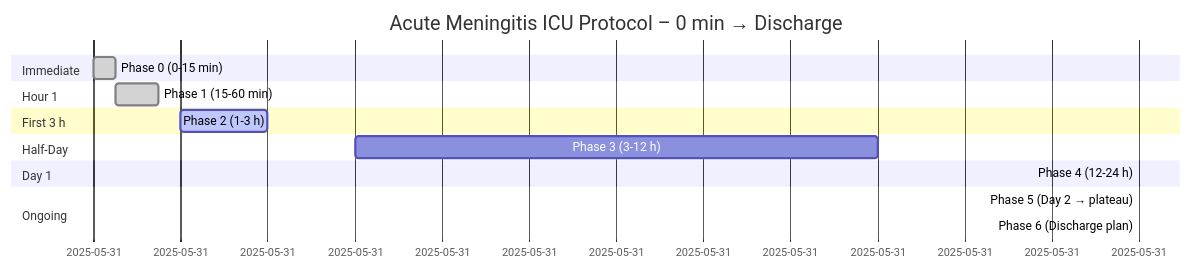
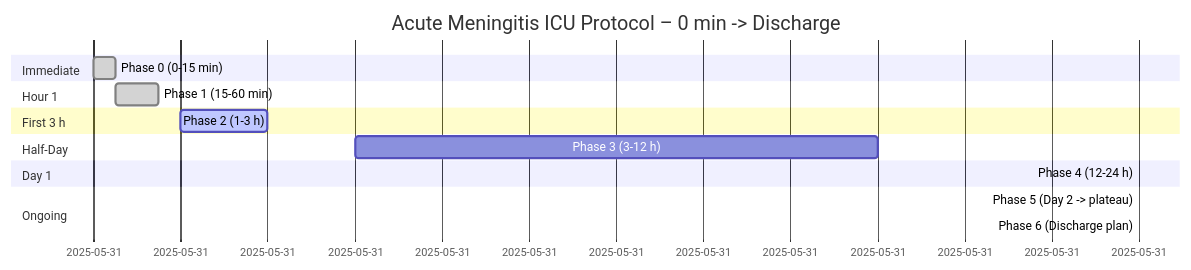
The ninth of 9 diagrams in openai_taelin_query.md (uumami/meningitis_protocol), drawn with Mermaid before and after one commit. The commit also changed other lines of this file and 19 other files, not shown here.

````diff
--- a/openai_taelin_query.md
+++ b/openai_taelin_query.md
@@ -217,19 +217,19 @@
 ```mermaid
 %% Diagram 2 – Aggregated Timeline
 gantt
-  title Acute Meningitis ICU Protocol – 0 min → Discharge
+  title Acute Meningitis ICU Protocol – 0 min -> Discharge
   dateFormat  HH:mm
   section Immediate
     Phase 0 (0-15 min)          :done, P0, 00:00, 00:15
   section Hour 1
     Phase 1 (15-60 min)         :done, P1, 00:15, 00:45
   section First 3 h
     Phase 2 (1-3 h)             :active, P2, 01:00, 02:00
   section Half-Day
     Phase 3 (3-12 h)            :P3, 03:00, 09:00
   section Day 1
     Phase 4 (12-24 h)           :P4, 12:00, 12:00
   section Ongoing
-    Phase 5 (Day 2 → plateau)   :P5, after P4, 48:00
+    Phase 5 (Day 2 -> plateau)   :P5, after P4, 48:00
     Phase 6 (Discharge plan)    :P6, after P5, 120:00
 ```
````
